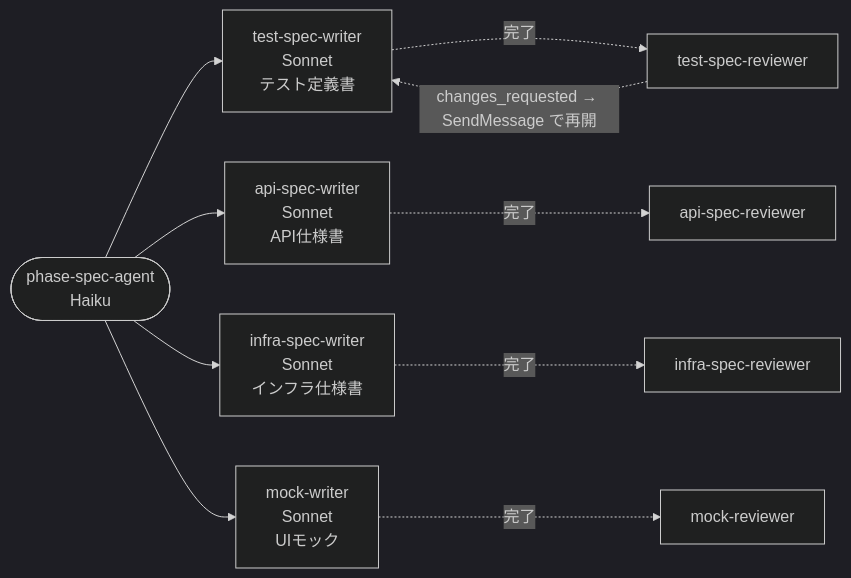
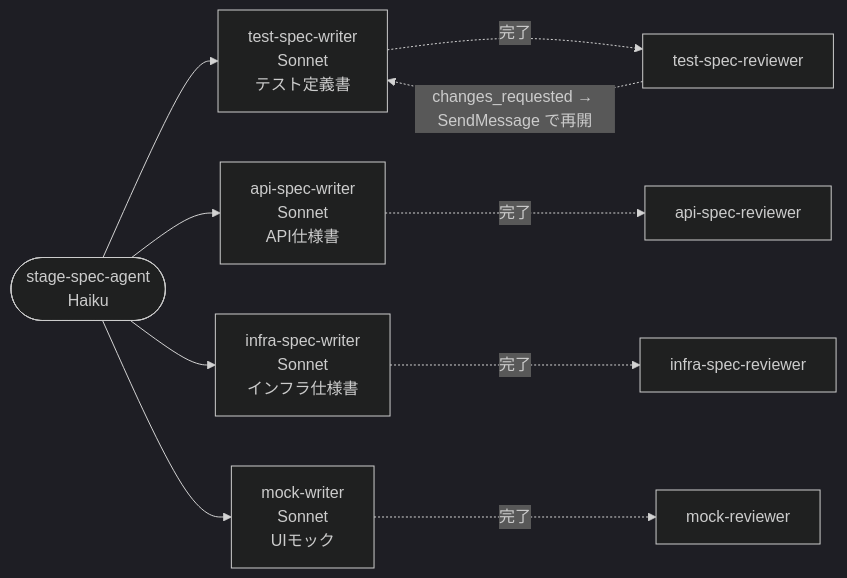
The second of 4 diagrams in README.md (youmjww/dev-flow-skills), drawn with Mermaid (dark theme) before and after one commit. The commit also changed other lines of this file and 15 other files, not shown here.

````diff
--- a/README.md
+++ b/README.md
@@ -137,13 +141,13 @@
 ```mermaid
 flowchart LR
-    PSA([phase-spec-agent<br/>Haiku])
+    PSA([stage-spec-agent<br/>Haiku])
     PSA --> TSW["test-spec-writer<br/>Sonnet<br/>テスト定義書"]
     PSA --> ASW["api-spec-writer<br/>Sonnet<br/>API仕様書"]
     PSA --> ISW["infra-spec-writer<br/>Sonnet<br/>インフラ仕様書"]
     PSA --> MW["mock-writer<br/>Sonnet<br/>UIモック"]
     TSW -. 完了 .-> TSR["test-spec-reviewer"]
     ASW -. 完了 .-> ASR["api-spec-reviewer"]
     ISW -. 完了 .-> ISR["infra-spec-reviewer"]
     MW -. 完了 .-> MR["mock-reviewer"]
     TSR -. changes_requested → SendMessage で再開 .-> TSW
 ```
````
